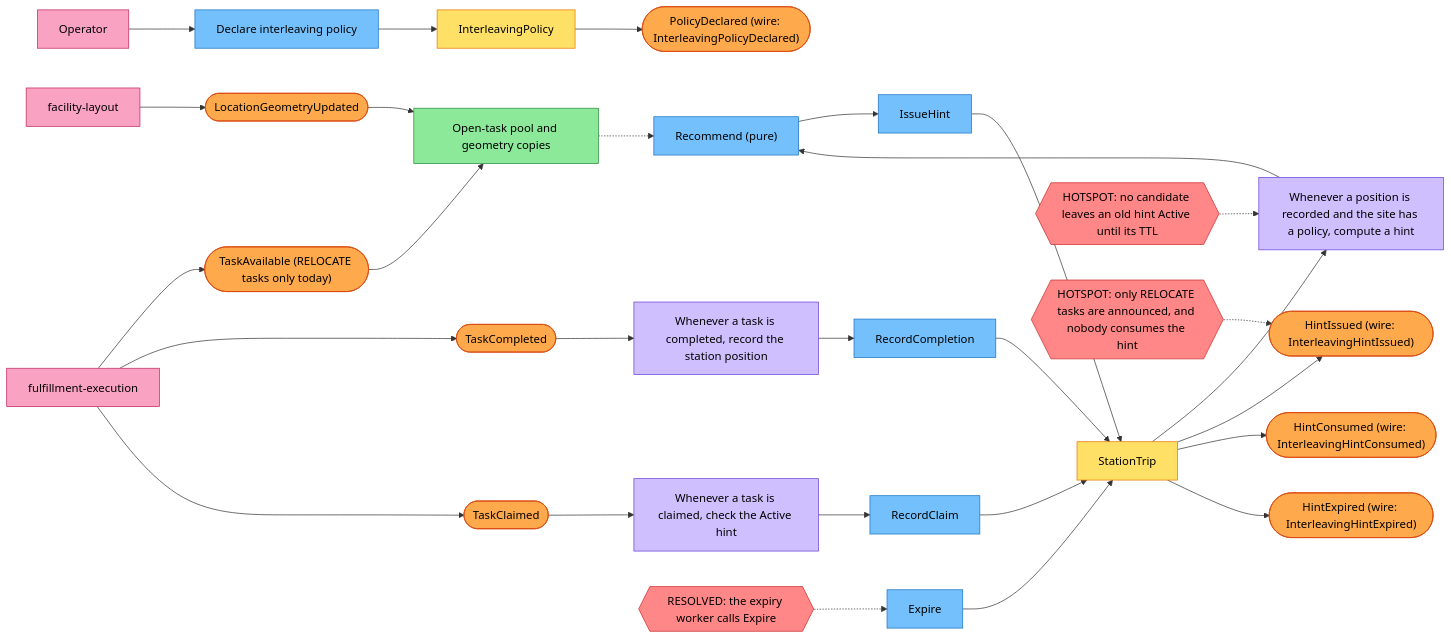
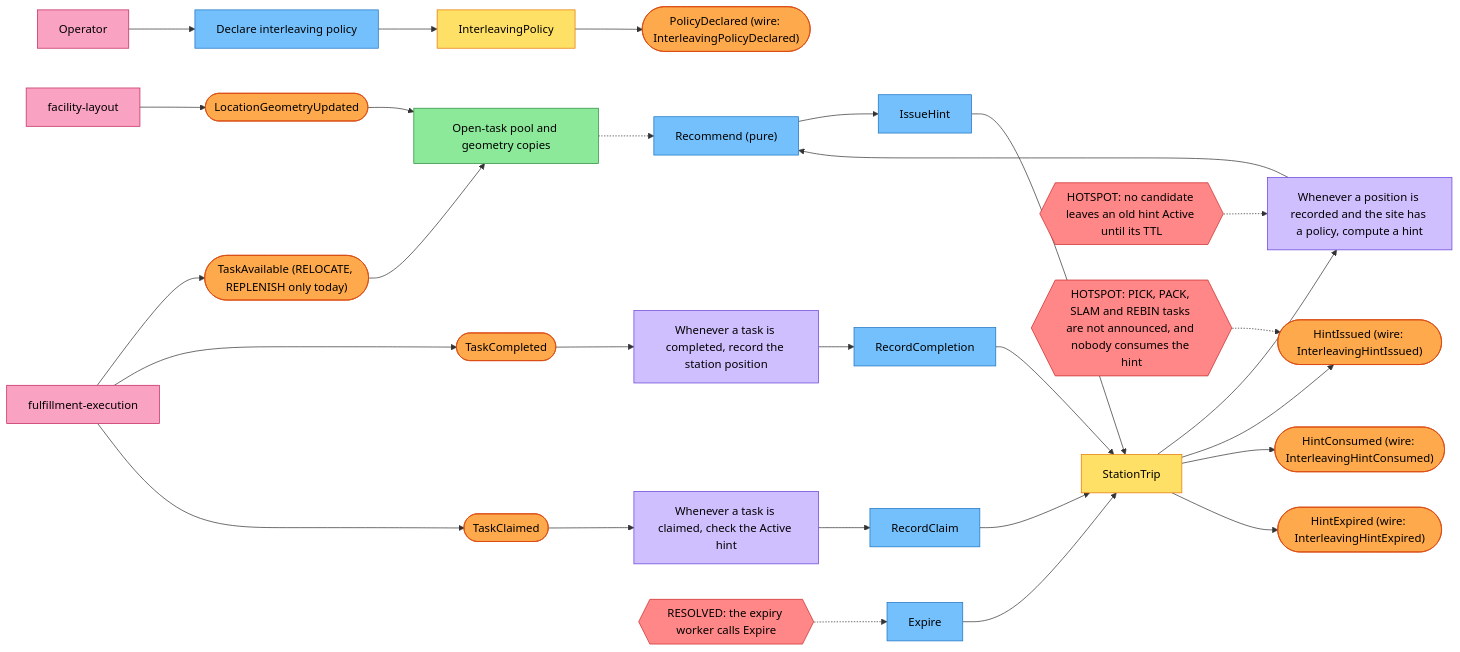
One commit to IQVO/warehouse-docs changed the diagram in docs/contexts/task-interleaving/eventstorming.md. Above: the diagram before and after it, drawn with Mermaid. The commit also changed other lines of this file and 41 other files, not shown here.

````diff
--- a/docs/contexts/task-interleaving/eventstorming.md
+++ b/docs/contexts/task-interleaving/eventstorming.md
@@ -20,53 +20,53 @@
 ```mermaid
 flowchart LR
     classDef event fill:#ffa94d,stroke:#d9480f,color:#000
     classDef command fill:#74c0fc,stroke:#1971c2,color:#000
     classDef agg fill:#ffe066,stroke:#e67700,color:#000
     classDef policy fill:#d0bfff,stroke:#6741d9,color:#000
     classDef ext fill:#faa2c1,stroke:#c2255c,color:#000
     classDef read fill:#8ce99a,stroke:#2b8a3e,color:#000
     classDef hot fill:#ff8787,stroke:#c92a2a,color:#000
 
     opr["Operator"]:::ext
     fe["fulfillment-execution"]:::ext
     fl["facility-layout"]:::ext
 
     c1["Declare interleaving policy"]:::command
     a1["InterleavingPolicy"]:::agg
     e1(["PolicyDeclared (wire: InterleavingPolicyDeclared)"]):::event
 
-    e2(["TaskAvailable (RELOCATE tasks only today)"]):::event
+    e2(["TaskAvailable (RELOCATE, REPLENISH only today)"]):::event
     e3(["TaskCompleted"]):::event
     e4(["TaskClaimed"]):::event
     e5(["LocationGeometryUpdated"]):::event
     r1["Open-task pool and geometry copies"]:::read
 
     p1["Whenever a task is completed, record the station position"]:::policy
     c2["RecordCompletion"]:::command
     a2["StationTrip"]:::agg
     p2["Whenever a position is recorded and the site has a policy, compute a hint"]:::policy
     c3["Recommend (pure)"]:::command
     c4["IssueHint"]:::command
     e6(["HintIssued (wire: InterleavingHintIssued)"]):::event
     p3["Whenever a task is claimed, check the Active hint"]:::policy
     c5["RecordClaim"]:::command
     e7(["HintConsumed (wire: InterleavingHintConsumed)"]):::event
     c6["Expire"]:::command
     e8(["HintExpired (wire: InterleavingHintExpired)"]):::event
     h1{{"RESOLVED: the expiry worker calls Expire"}}:::hot
     h2{{"HOTSPOT: no candidate leaves an old hint Active until its TTL"}}:::hot
-    h3{{"HOTSPOT: only RELOCATE tasks are announced, and nobody consumes the hint"}}:::hot
+    h3{{"HOTSPOT: PICK, PACK, SLAM and REBIN tasks are not announced, and nobody consumes the hint"}}:::hot
 
     opr --> c1 --> a1 --> e1
     fl --> e5 --> r1
     fe --> e2 --> r1
     fe --> e3 --> p1 --> c2 --> a2
     a2 --> p2 --> c3 --> c4 --> a2
     a2 --> e6
     r1 -.-> c3
     fe --> e4 --> p3 --> c5 --> a2 --> e7
     c6 --> a2 --> e8
     h1 -.-> c6
     h2 -.-> p2
     h3 -.-> e6
 ```
````
